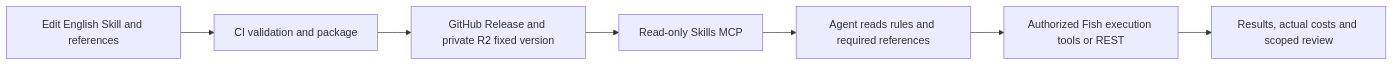
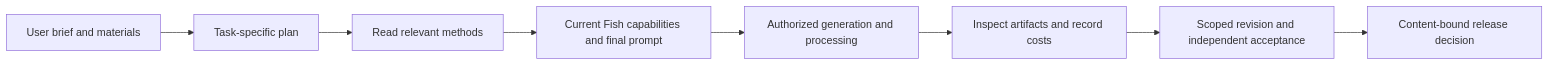
The diagram in README.md (yiruoyanyu-ui/fish-skills), drawn with Mermaid before and after one commit. The commit also changed other lines of this file and 36 other files, not shown here.

Commit message:
Update three English creative Skills and archive standalone audio guides

````diff
--- a/README.md
+++ b/README.md
@@ -39,9 +21,10 @@
 ```mermaid
 flowchart LR
- A[Edit English Skill and references] --> B[CI validation and package]
- B --> C[GitHub Release and private R2 fixed version]
- C --> D[Read-only Skills MCP]
- D --> E[Agent reads rules and required references]
- E --> F[Authorized Fish execution tools or REST]
- F --> G[Results, actual costs and scoped review]
+ A[User brief and materials] --> B[Task-specific plan]
+ B --> C[Read relevant methods]
+ C --> D[Current Fish capabilities and final prompt]
+ D --> E[Authorized generation and processing]
+ E --> F[Inspect artifacts and record costs]
+ F --> G[Scoped revision and independent acceptance]
+ G --> H[Content-bound release decision]
 ```
````
